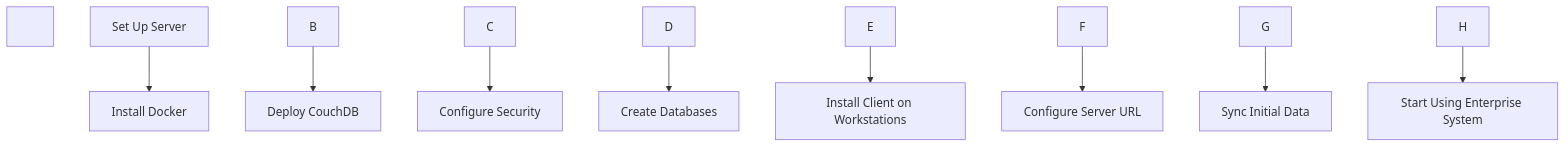
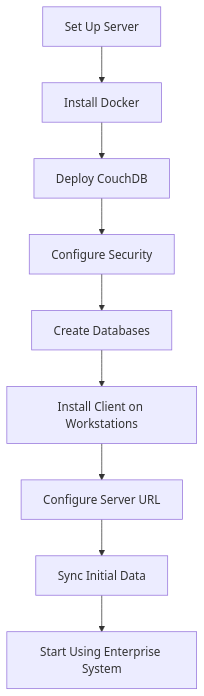
One commit to noobix/alpha-rabbit-lms changed the second of 2 diagrams in docs/ressources/system_specs.md. Above: the diagram before and after it, drawn with Mermaid. The commit also changed other lines of this file and 23 other files, not shown here.

````diff
--- a/docs/ressources/system_specs.md
+++ b/docs/ressources/system_specs.md
@@ -1055,21 +540,11 @@
 ```mermaid
-
 flowchart TD
-
-&nbsp;   A\[Set Up Server] --> B\[Install Docker]
-
-&nbsp;   B --> C\[Deploy CouchDB]
-
-&nbsp;   C --> D\[Configure Security]
-
-&nbsp;   D --> E\[Create Databases]
-
-&nbsp;   E --> F\[Install Client on Workstations]
-
-&nbsp;   F --> G\[Configure Server URL]
-
-&nbsp;   G --> H\[Sync Initial Data]
-
-&nbsp;   H --> I\[Start Using Enterprise System]
-
+    A[Set Up Server] --> B[Install Docker]
+    B --> C[Deploy CouchDB]
+    C --> D[Configure Security]
+    D --> E[Create Databases]
+    E --> F[Install Client on Workstations]
+    F --> G[Configure Server URL]
+    G --> H[Sync Initial Data]
+    H --> I[Start Using Enterprise System]
 ```
````
